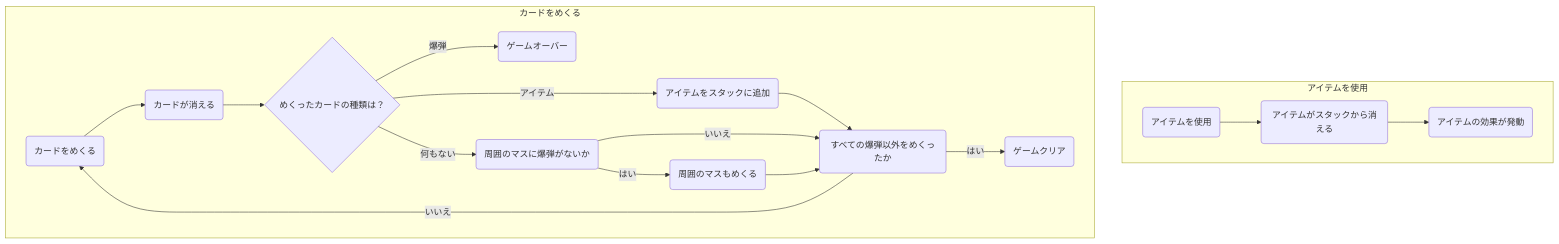
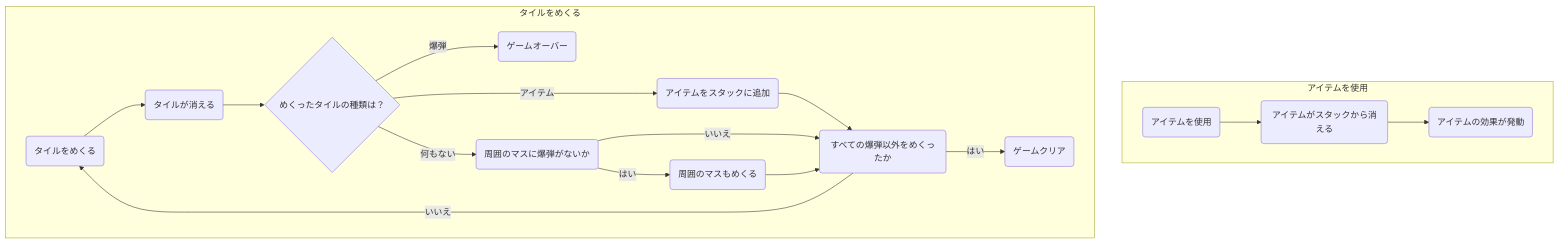
The first of 2 diagrams in Documents/FlowChart.md (henohenon/GameMake), drawn with Mermaid before and after one commit. The commit also changed other lines of this file, not shown here.

Commit message:
update flowchart

````diff
--- a/Documents/FlowChart.md
+++ b/Documents/FlowChart.md
@@ -1,21 +1,21 @@
 ```mermaid
 graph TD;
 
 subgraph アイテムを使用
     item1(アイテムを使用)-->item2(アイテムがスタックから消える)-->item3(アイテムの効果が発動)
 end
-subgraph カードをめくる
-    card1(カードをめくる)-->card2(カードが消える)
-    card2-->cardSwitch1{めくったカードの種類は？}
+subgraph タイルをめくる
+    card1(タイルをめくる)-->card2(タイルが消える)
+    card2-->cardSwitch1{めくったタイルの種類は？}
     cardSwitch1--爆弾-->cardEnd1(ゲームオーバー)
     cardSwitch1--アイテム-->card3(アイテムをスタックに追加)
     card3-->cardSwitch2
     cardSwitch1--何もない-->cardSwitch3(周囲のマスに爆弾がないか)
     cardSwitch3--はい-->card4(周囲のマスもめくる)
     cardSwitch3--いいえ-->cardSwitch2(すべての爆弾以外をめくったか)
     card4-->cardSwitch2
     cardSwitch2--はい-->cardEnd2(ゲームクリア)
     cardSwitch2--いいえ-->card1
 end
 
 ```
````
